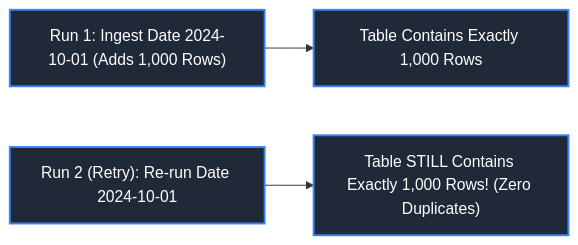
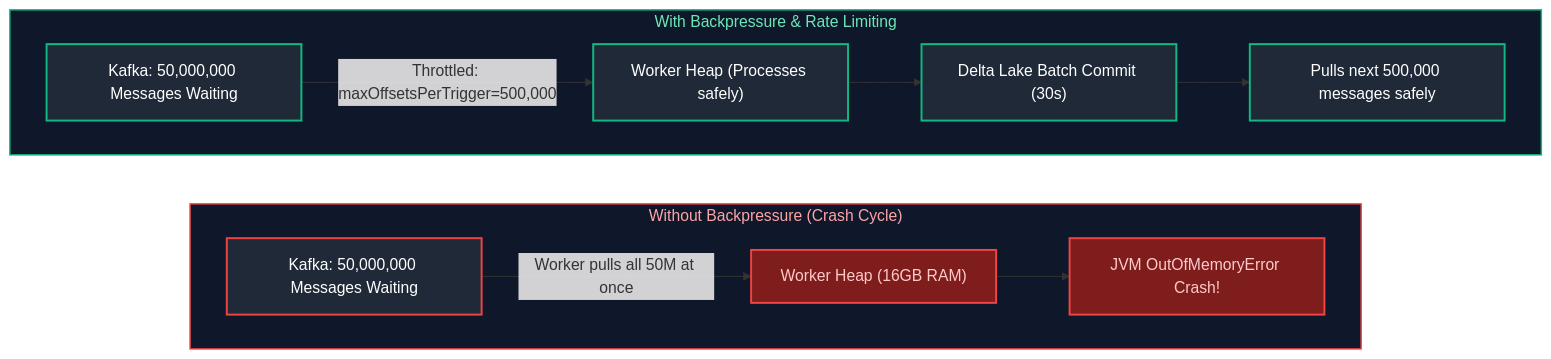
The tenth of 24 diagrams in Data Engineering/10_data_pipeline_design_and_ingestion.md (joydeep-biswas/Interview-Preparation), drawn with Mermaid before and after one commit. The commit also changed other lines of this file and 143 other files, not shown here.

````diff
--- a/Data Engineering/10_data_pipeline_design_and_ingestion.md
+++ b/Data Engineering/10_data_pipeline_design_and_ingestion.md
@@ -234,10 +677,25 @@
 ```mermaid
 flowchart LR
-    Run1["Run 1: Ingest Date 2024-10-01 (Adds 1,000 Rows)"] --> State1["Table Contains Exactly 1,000 Rows"]
-    Run2["Run 2 (Retry): Re-run Date 2024-10-01"] --> State2["Table STILL Contains Exactly 1,000 Rows! (Zero Duplicates)"]
+    subgraph WithoutBackpressure ["Without Backpressure (Crash Cycle)"]
+        direction LR
+        K1["Kafka: 50,000,000 Messages Waiting"] -->|"Worker pulls all 50M at once"| W1["Worker Heap (16GB RAM)"]
+        W1 --> Crash["JVM OutOfMemoryError Crash!"]
+    end
 
-    style Run1 fill:#1f2937,stroke:#3b82f6,stroke-width:2px,color:#fff
-    style State1 fill:#1f2937,stroke:#3b82f6,stroke-width:2px,color:#fff
-    style Run2 fill:#1f2937,stroke:#3b82f6,stroke-width:2px,color:#fff
-    style State2 fill:#1f2937,stroke:#3b82f6,stroke-width:2px,color:#fff
+    subgraph WithBackpressure ["With Backpressure & Rate Limiting"]
+        direction LR
+        K2["Kafka: 50,000,000 Messages Waiting"] -->|"Throttled: maxOffsetsPerTrigger=500,000"| W2["Worker Heap (Processes safely)"]
+        W2 --> Delta["Delta Lake Batch Commit (30s)"]
+        Delta --> NextBatch["Pulls next 500,000 messages safely"]
+    end
+
+    style WithoutBackpressure fill:#0f172a,stroke:#ef4444,stroke-width:1.5px,color:#fca5a5
+    style WithBackpressure fill:#0f172a,stroke:#10b981,stroke-width:1.5px,color:#6ee7b7
+    style K1 fill:#1f2937,stroke:#ef4444,stroke-width:2px,color:#fff
+    style W1 fill:#7f1d1d,stroke:#ef4444,stroke-width:2px,color:#fecaca
+    style Crash fill:#7f1d1d,stroke:#ef4444,stroke-width:2px,color:#fecaca
+    style K2 fill:#1f2937,stroke:#10b981,stroke-width:2px,color:#fff
+    style W2 fill:#1f2937,stroke:#10b981,stroke-width:2px,color:#fff
+    style Delta fill:#1f2937,stroke:#10b981,stroke-width:2px,color:#fff
+    style NextBatch fill:#1f2937,stroke:#10b981,stroke-width:2px,color:#fff
 ```
````
